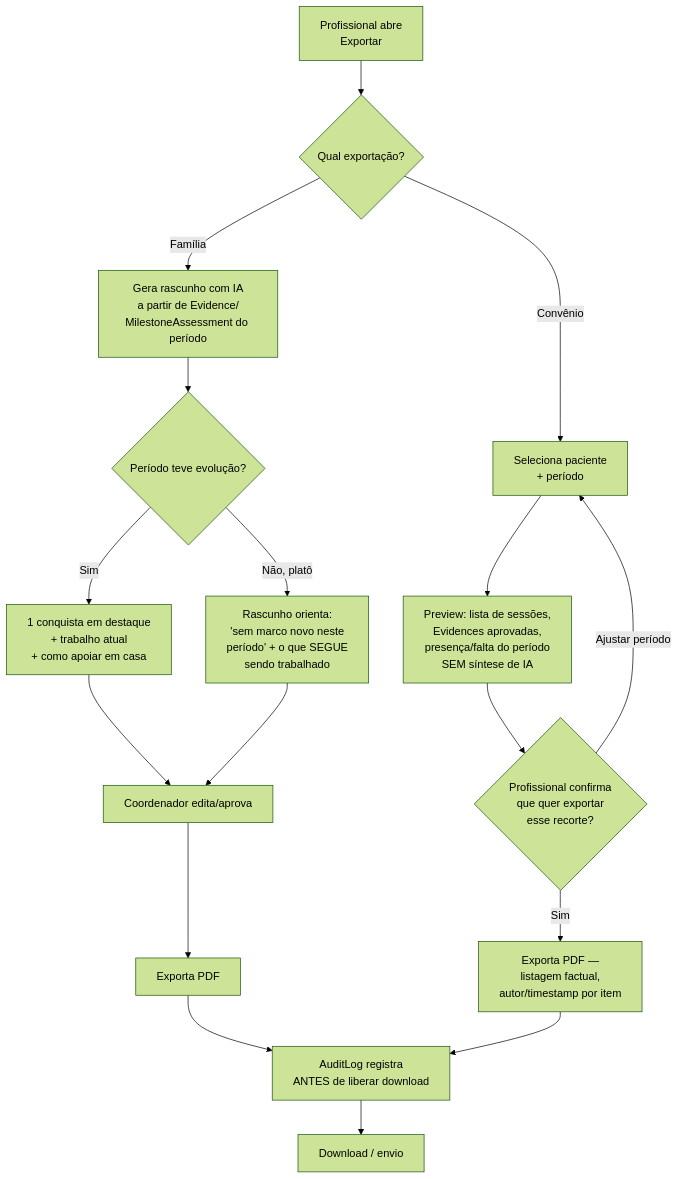
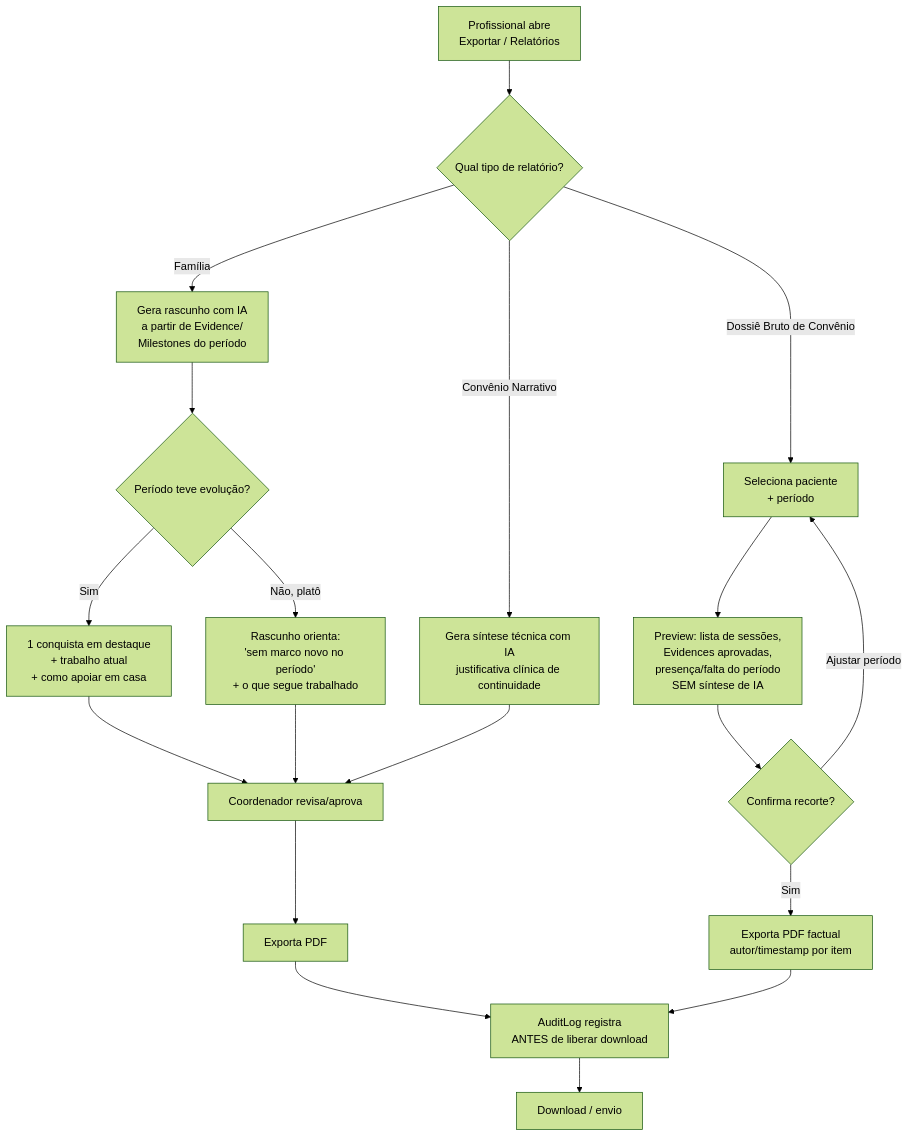
One commit to romulosutil/Iris changed diagram 12 of 12 in docs/ux/fluxos-e-wireframes.md. Above: the diagram before and after it, drawn with Mermaid (forest theme). The commit also changed other lines of this file and 685 other files, not shown here.

````diff
--- a/docs/ux/fluxos-e-wireframes.md
+++ b/docs/ux/fluxos-e-wireframes.md
@@ -544,19 +537,21 @@
 ```mermaid
 flowchart TD
-    A[Profissional abre\nExportar] --> B{Qual exportação?}
-    B -->|Família| C[Gera rascunho com IA\na partir de Evidence/\nMilestoneAssessment do período]
+    A[Profissional abre\nExportar / Relatórios] --> B{Qual tipo de relatório?}
+    B -->|Família| C[Gera rascunho com IA\na partir de Evidence/\nMilestones do período]
     C --> D{Período teve evolução?}
     D -->|Sim| E[1 conquista em destaque\n+ trabalho atual\n+ como apoiar em casa]
-    D -->|Não, platô| F["Rascunho orienta:\n'sem marco novo neste\nperíodo' + o que SEGUE\nsendo trabalhado"]
-    E --> G[Coordenador edita/aprova]
+    D -->|Não, platô| F["Rascunho orienta:\n'sem marco novo no período'\n+ o que segue trabalhado"]
+    E --> G[Coordenador revisa/aprova]
     F --> G
     G --> H[Exporta PDF]
-    B -->|Convênio| I[Seleciona paciente\n+ período]
+    B -->|Dossiê Bruto de Convênio| I[Seleciona paciente\n+ período]
     I --> J[Preview: lista de sessões,\nEvidences aprovadas,\npresença/falta do período\nSEM síntese de IA]
-    J --> K{Profissional confirma\nque quer exportar\nesse recorte?}
-    K -->|Sim| L[Exporta PDF —\nlistagem factual,\nautor/timestamp por item]
+    J --> K{Confirma recorte?}
+    K -->|Sim| L[Exporta PDF factual\nautor/timestamp por item]
     K -->|Ajustar período| I
+    B -->|Convênio Narrativo| O[Gera síntese técnica com IA\njustificativa clínica de continuidade]
+    O --> G
     H --> M[AuditLog registra\nANTES de liberar download]
     L --> M
     M --> N[Download / envio]
 ```
````
